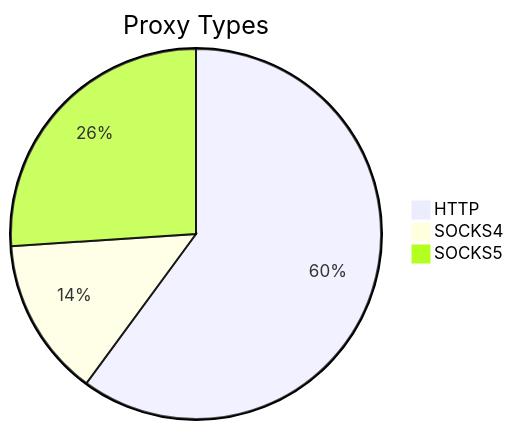
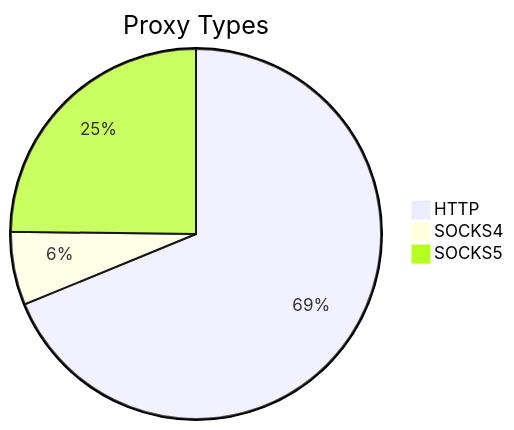
The first of 2 diagrams in README.md (stormsia/proxy-list), drawn with Mermaid before and after one commit. The commit also changed other lines of this file, not shown here.

````diff
--- a/README.md
+++ b/README.md
@@ -21,6 +21,6 @@
 ```mermaid
 pie title Proxy Types
-    "HTTP" : 316
-    "SOCKS4" : 73
-    "SOCKS5" : 137
+    "HTTP" : 366
+    "SOCKS4" : 34
+    "SOCKS5" : 132
 ```
````
